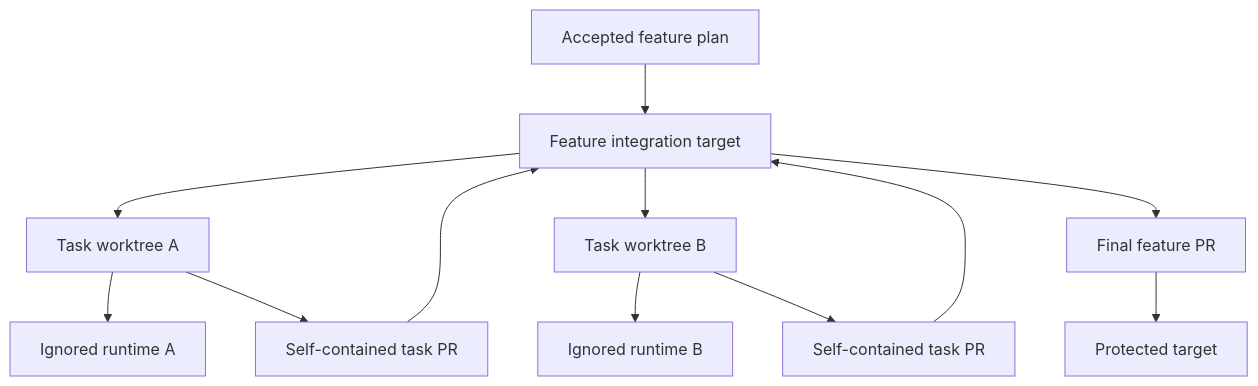
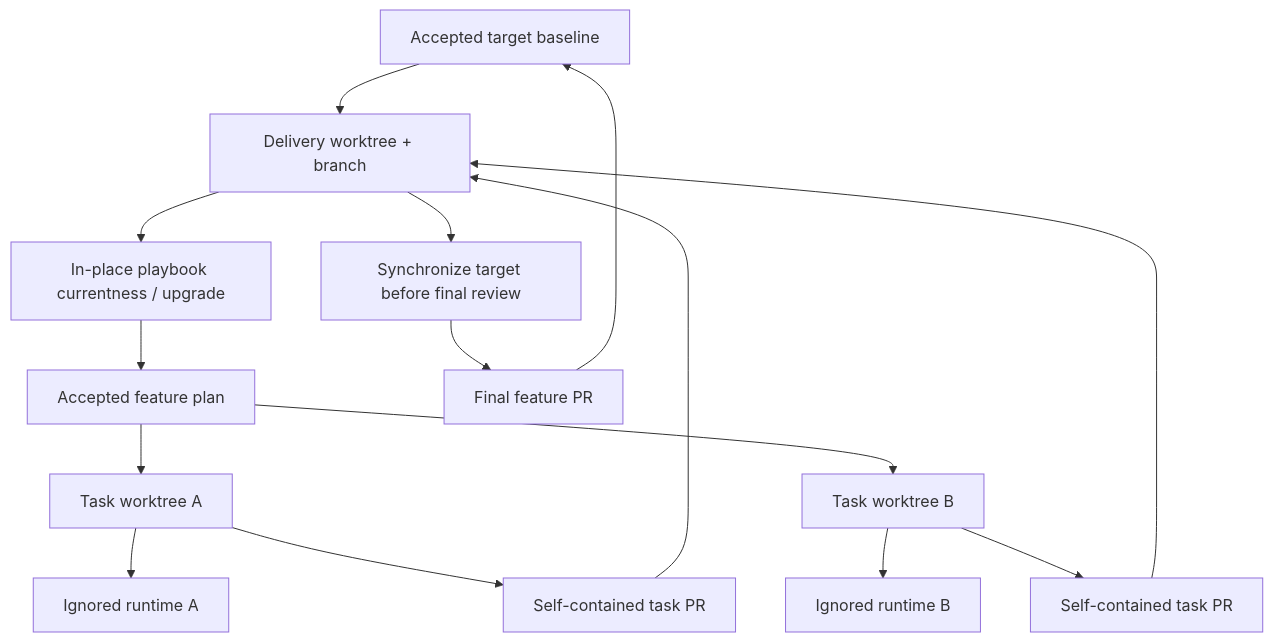
Before and after one commit to hhhhhusky777/spec-driven-delivery-playbook: diagram 11 of 11 in README.md, drawn with Mermaid. The commit also changed other lines of this file and 8 other files, not shown here.

Commit message:
docs: define in-place delivery upgrades (#84)

````diff
--- a/README.md
+++ b/README.md
@@ -430,14 +438,17 @@
 ```mermaid
 flowchart TD
-    F["Accepted feature plan"] --> B["Feature integration target"]
-    B --> T1["Task worktree A"]
-    B --> T2["Task worktree B"]
+    M["Accepted target baseline"] --> B["Delivery worktree + branch"]
+    B --> U["In-place playbook currentness / upgrade"]
+    U --> F["Accepted feature plan"]
+    F --> T1["Task worktree A"]
+    F --> T2["Task worktree B"]
     T1 --> R1["Ignored runtime A"]
     T2 --> R2["Ignored runtime B"]
     T1 --> P1["Self-contained task PR"]
     T2 --> P2["Self-contained task PR"]
     P1 --> B
     P2 --> B
-    B --> FP["Final feature PR"]
-    FP --> M["Protected target"]
+    B --> S["Synchronize target before final review"]
+    S --> FP["Final feature PR"]
+    FP --> M
 ```
````
